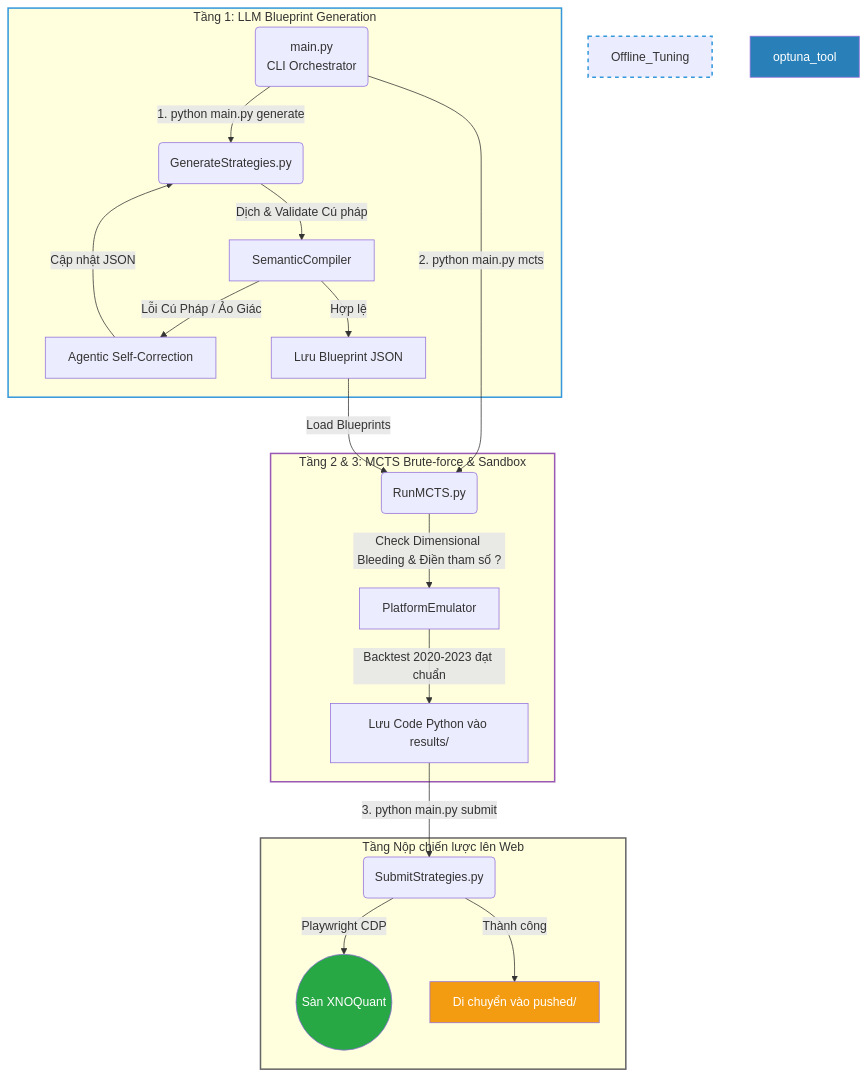
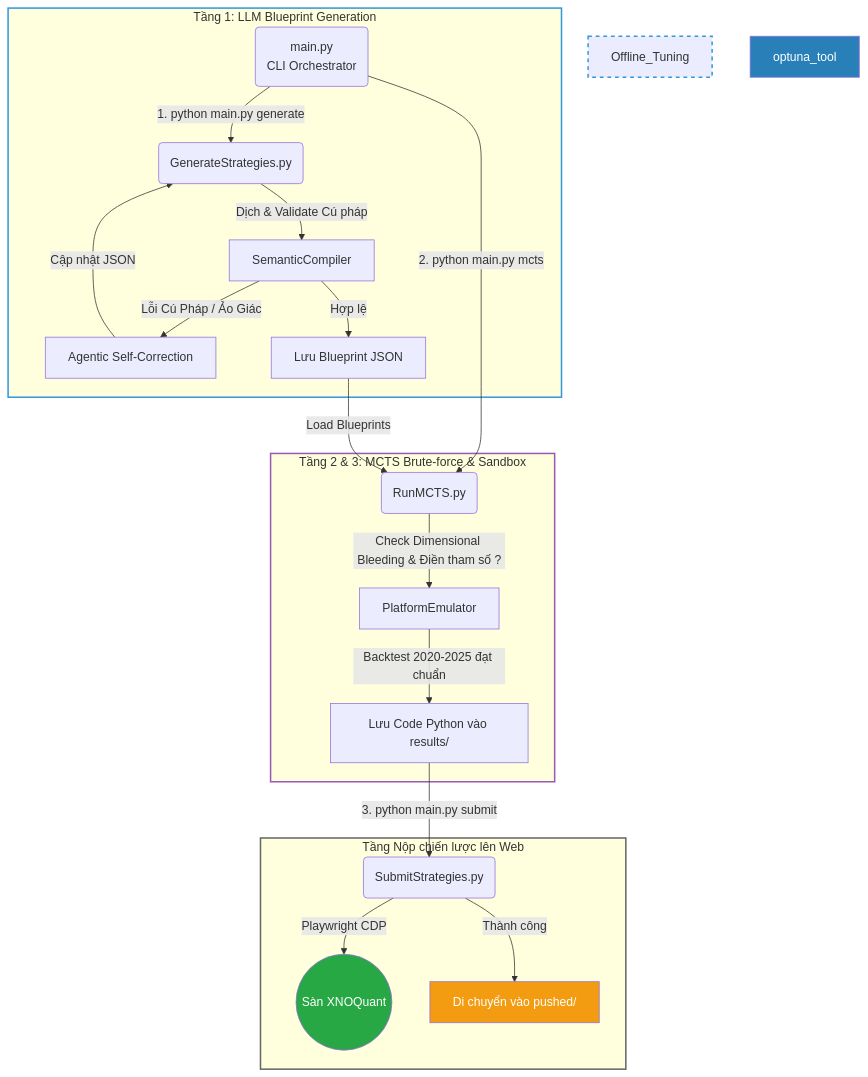
One commit to NguyenTrungAnh-ultra/alpha_farm changed the diagram in README.md. Above: the diagram before and after it, drawn with Mermaid. The commit also changed other lines of this file and 74 other files, not shown here.

````diff
--- a/README.md
+++ b/README.md
@@ -9,34 +9,34 @@
 ```mermaid
 graph TD
     run_all(main.py<br>CLI Orchestrator)
-    
+
     subgraph LLM_Engine ["Tầng 1: LLM Blueprint Generation"]
         run_all -->|1. python main.py generate| pipeline(GenerateStrategies.py)
         pipeline -->|Dịch & Validate Cú pháp| semantic_val[SemanticCompiler]
         semantic_val -->|Lỗi Cú Pháp / Ảo Giác| self_correct[Agentic Self-Correction]
         self_correct -->|Cập nhật JSON| pipeline
         semantic_val -->|Hợp lệ| save_json[Lưu Blueprint JSON]
     end
-    
+
     subgraph MCTS_Engine ["Tầng 2 & 3: MCTS Brute-force & Sandbox"]
         run_all -->|2. python main.py mcts| mcts(RunMCTS.py)
         save_json -->|Load Blueprints| mcts
         mcts -->|Check Dimensional Bleeding & Điền tham số ?| mcts_sandbox[PlatformEmulator]
-        mcts_sandbox -->|Backtest 2020-2023 đạt chuẩn| save_success[Lưu Code Python vào results/]
+        mcts_sandbox -->|Backtest 2020-2025 đạt chuẩn| save_success[Lưu Code Python vào results/]
     end
-    
+
     subgraph Web_Environment ["Tầng Nộp chiến lược lên Web"]
         auto_sub(SubmitStrategies.py)
         save_success -->|3. python main.py submit| auto_sub
         auto_sub -->|Playwright CDP| xno_web((Sàn XNOQuant))
         auto_sub -->|Thành công| pushed[Di chuyển vào pushed/]
     end
 
     style LLM_Engine stroke:#3498db,stroke-width:2px
     style MCTS_Engine stroke:#9b59b6,stroke-width:2px
     style Web_Environment stroke:#666,stroke-width:2px
     style Offline_Tuning stroke:#3498db,stroke-width:2px,stroke-dasharray: 5 5
     style xno_web fill:#28a745,color:#fff
     style pushed fill:#f39c12,color:#fff
     style optuna_tool fill:#2980b9,color:#fff
 ```
````
